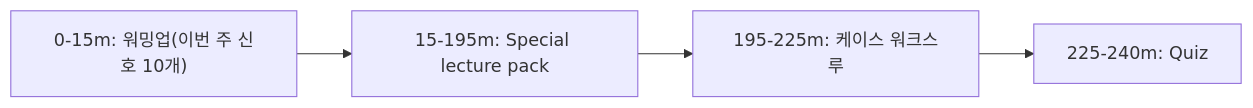
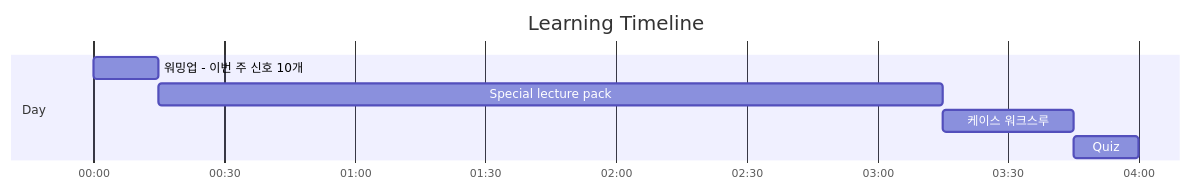
Before and after one commit to niceguy61/aws-saa-lecture-2026: the first of 2 diagrams in aws-saa/week02/day05/README.md, drawn with Mermaid. The commit also changed 21 other files, not shown here.

Commit message:
docs(aws-saa): use mermaid gantt for learning timelines

````diff
--- a/aws-saa/week02/day05/README.md
+++ b/aws-saa/week02/day05/README.md
@@ -22,6 +22,11 @@
 ```mermaid
-flowchart LR
-  A["0-15m: 워밍업(이번 주 신호 10개)"] --> B["15-195m: Special lecture pack"]
-  B --> C["195-225m: 케이스 워크스루"]
-  C --> D["225-240m: Quiz"]
+gantt
+  title Learning Timeline
+  dateFormat  HH:mm
+  axisFormat  %H:%M
+  section Day
+  워밍업 - 이번 주 신호 10개 :t1, 00:00, 15m
+  Special lecture pack :t2, after t1, 180m
+  케이스 워크스루 :t3, after t2, 30m
+  Quiz :t4, after t3, 15m
 ```
````
